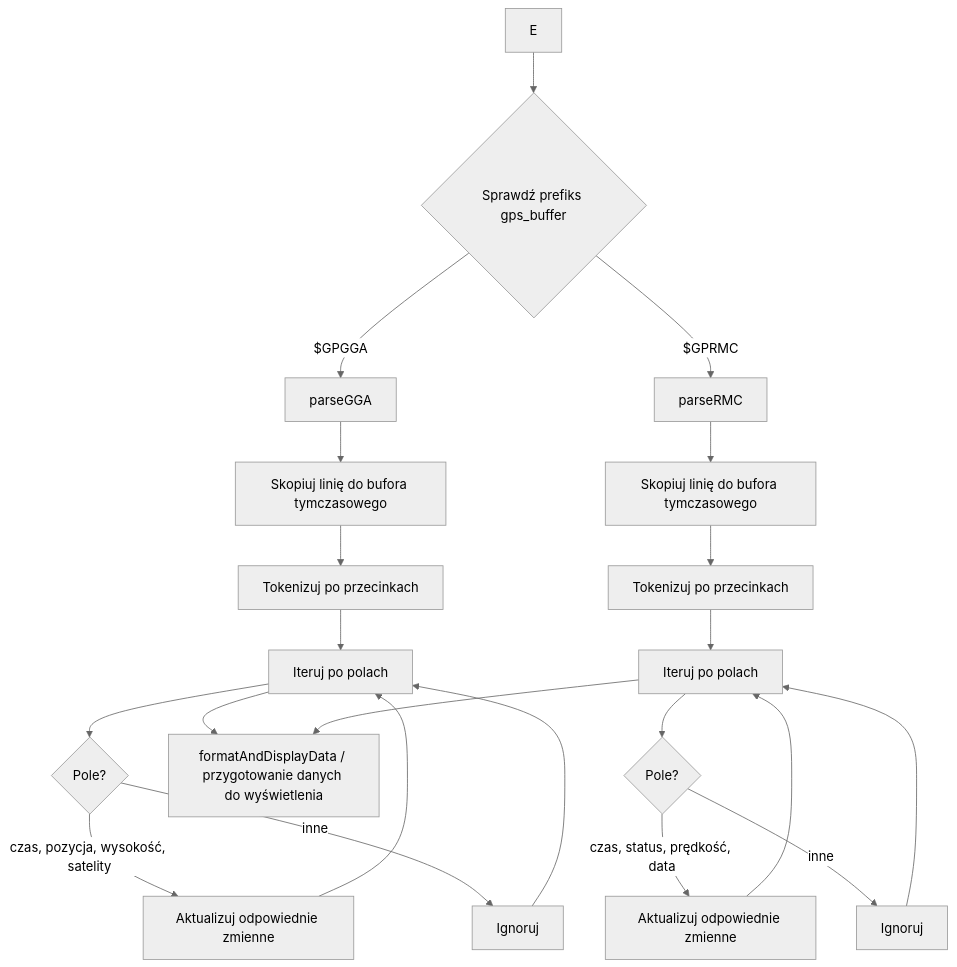
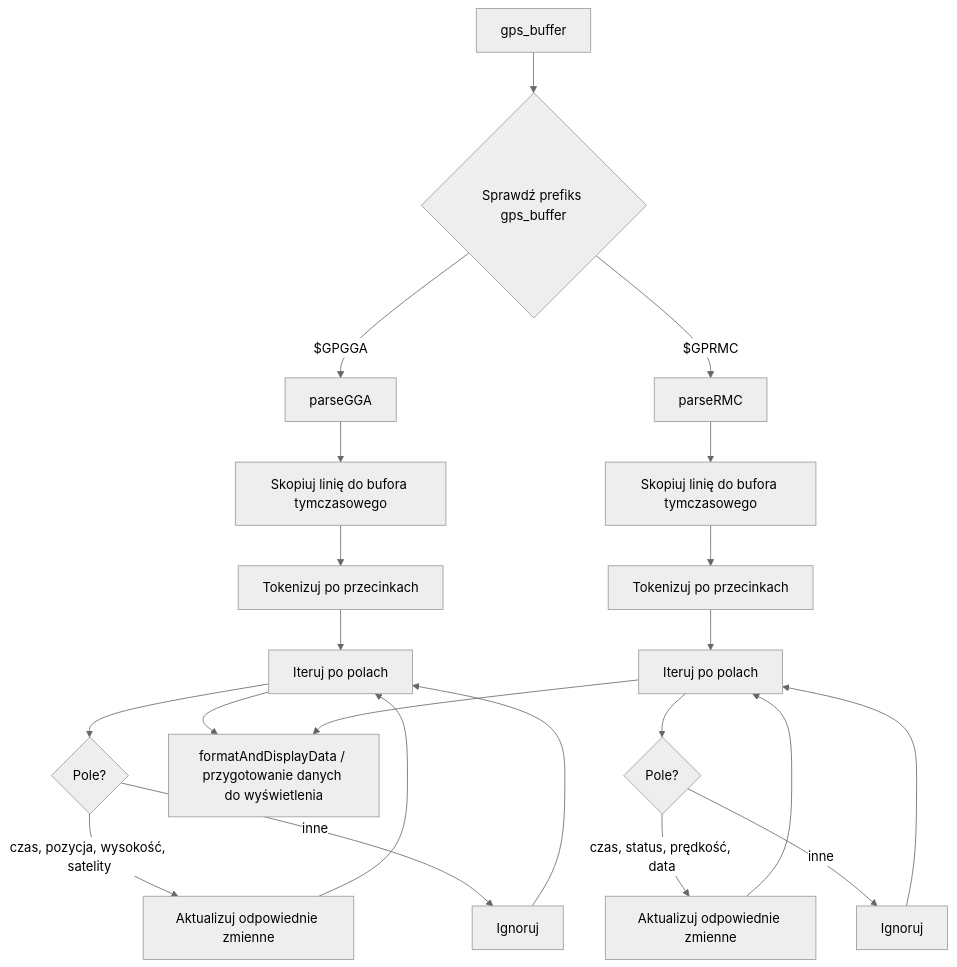
Before and after one commit to ThertyOne/stm32-SPI-oled-UART-GPS: the diagram in README.md, drawn with Mermaid (neutral theme).

````diff
--- a/README.md
+++ b/README.md
@@ -284,29 +284,29 @@
 ```mermaid
 flowchart TD
-E --> F{Sprawdź prefiks gps_buffer}
+gps_buffer --> F{Sprawdź prefiks gps_buffer}
 
 F -- "$GPGGA" --> G[parseGGA]
 G --> G1[Skopiuj linię do bufora tymczasowego]
 G1 --> G2[Tokenizuj po przecinkach]
 G2 --> G3[Iteruj po polach]
 G3 --> G4{Pole?}
 G4 -- "czas, pozycja, wysokość, satelity" --> G5[Aktualizuj odpowiednie zmienne]
 G4 -- "inne" --> G6[Ignoruj]
 G5 --> G3
 G6 --> G3
 G3 --> H
 
 F -- "$GPRMC" --> R[parseRMC]
 R --> R1[Skopiuj linię do bufora tymczasowego]
 R1 --> R2[Tokenizuj po przecinkach]
 R2 --> R3[Iteruj po polach]
 R3 --> R4{Pole?}
 R4 -- "czas, status, prędkość, data" --> R5[Aktualizuj odpowiednie zmienne]
 R4 -- "inne" --> R6[Ignoruj]
 R5 --> R3
 R6 --> R3
 R3 --> H
 
 H[formatAndDisplayData / przygotowanie danych do wyświetlenia]
 
 ```
````
